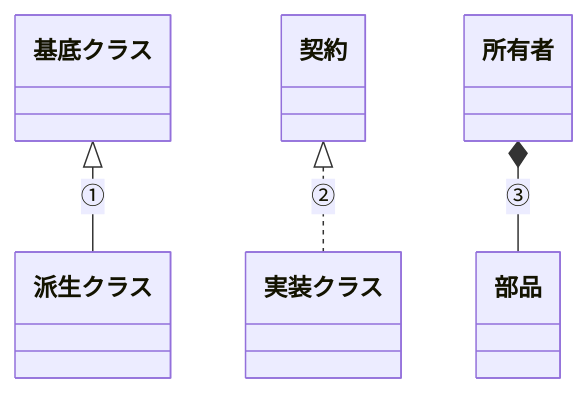
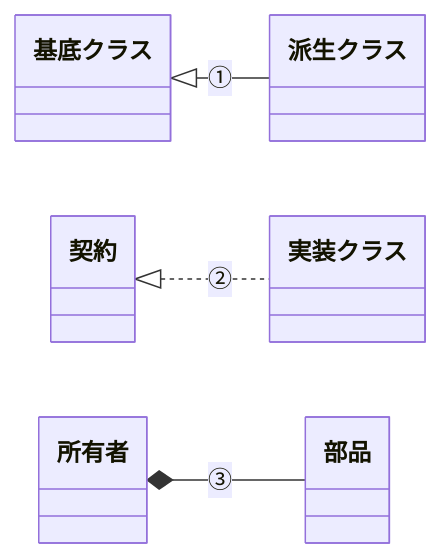
Before and after one commit to kumachan1101-pixel/DesignPattern: the third of 4 diagrams in kindle/design-patterns/books/volume01-core-patterns/output/02-chapter00.md, drawn with Mermaid. The commit also changed other lines of this file and 16 other files, not shown here.

Commit message:
第1冊の図とコード画像の前後関係を改善

````diff
--- a/kindle/design-patterns/books/volume01-core-patterns/output/02-chapter00.md
+++ b/kindle/design-patterns/books/volume01-core-patterns/output/02-chapter00.md
@@ -131,6 +146,7 @@
 ```mermaid
 classDiagram
+    direction LR
     基底クラス <|-- 派生クラス : ①
     契約 <|.. 実装クラス : ②
     所有者 *-- 部品 : ③
 ```
````
